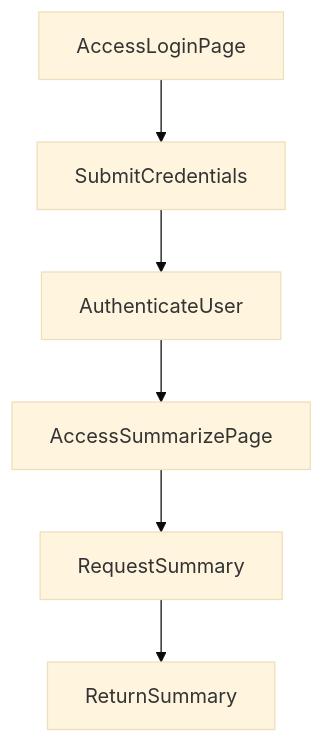
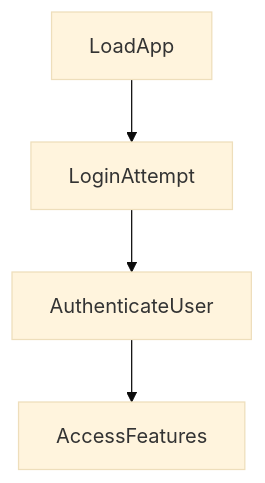
Before and after one commit to yogithasivakumar/FocusZen: the second of 2 diagrams in README.md, drawn with Mermaid (base theme). The commit also changed other lines of this file, not shown here.

````diff
--- a/README.md
+++ b/README.md
@@ -23,8 +24,6 @@
 ```mermaid
 flowchart TD
-    AccessLoginPage --> SubmitCredentials
-    SubmitCredentials --> AuthenticateUser
-    AuthenticateUser --> AccessSummarizePage
-    AccessSummarizePage --> RequestSummary
-    RequestSummary --> ReturnSummary
+    LoadApp --> LoginAttempt
+    LoginAttempt --> AuthenticateUser
+    AuthenticateUser --> AccessFeatures
 ```
````
